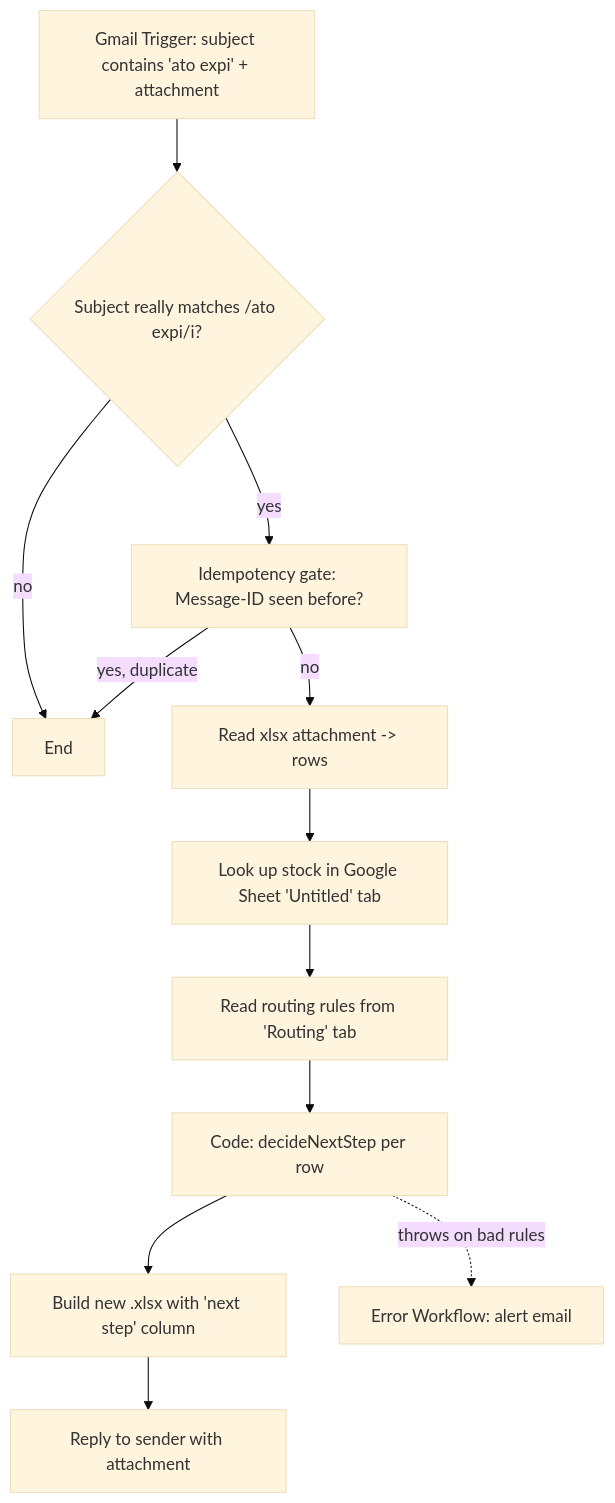
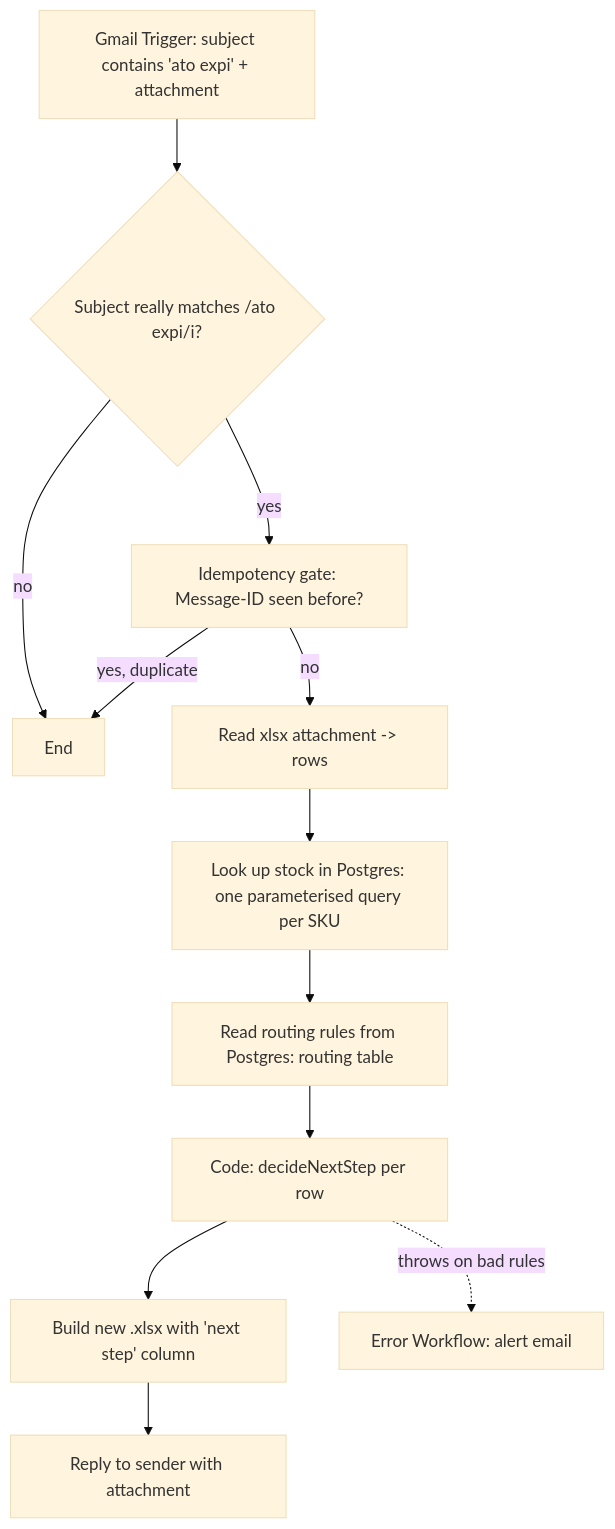
Before and after one commit to Luke-AI-Developments/ato-expi-report: the diagram in README.md, drawn with Mermaid (base theme). The commit also changed other lines of this file and 10 other files, not shown here.

````diff
--- a/README.md
+++ b/README.md
@@ -26,14 +27,14 @@
 ```mermaid
 flowchart TD
     A[Gmail Trigger: subject contains 'ato expi' + attachment] --> B{Subject really matches /ato expi/i?}
     B -- no --> Z[End]
     B -- yes --> C[Idempotency gate: Message-ID seen before?]
     C -- yes, duplicate --> Z
     C -- no --> D[Read xlsx attachment -> rows]
-    D --> E[Look up stock in Google Sheet 'Untitled' tab]
-    E --> F[Read routing rules from 'Routing' tab]
+    D --> E[Look up stock in Postgres: one parameterised query per SKU]
+    E --> F[Read routing rules from Postgres: routing table]
     F --> G[Code: decideNextStep per row]
     G --> H[Build new .xlsx with 'next step' column]
     H --> I[Reply to sender with attachment]
     G -. throws on bad rules .-> X[Error Workflow: alert email]
 ```
````
